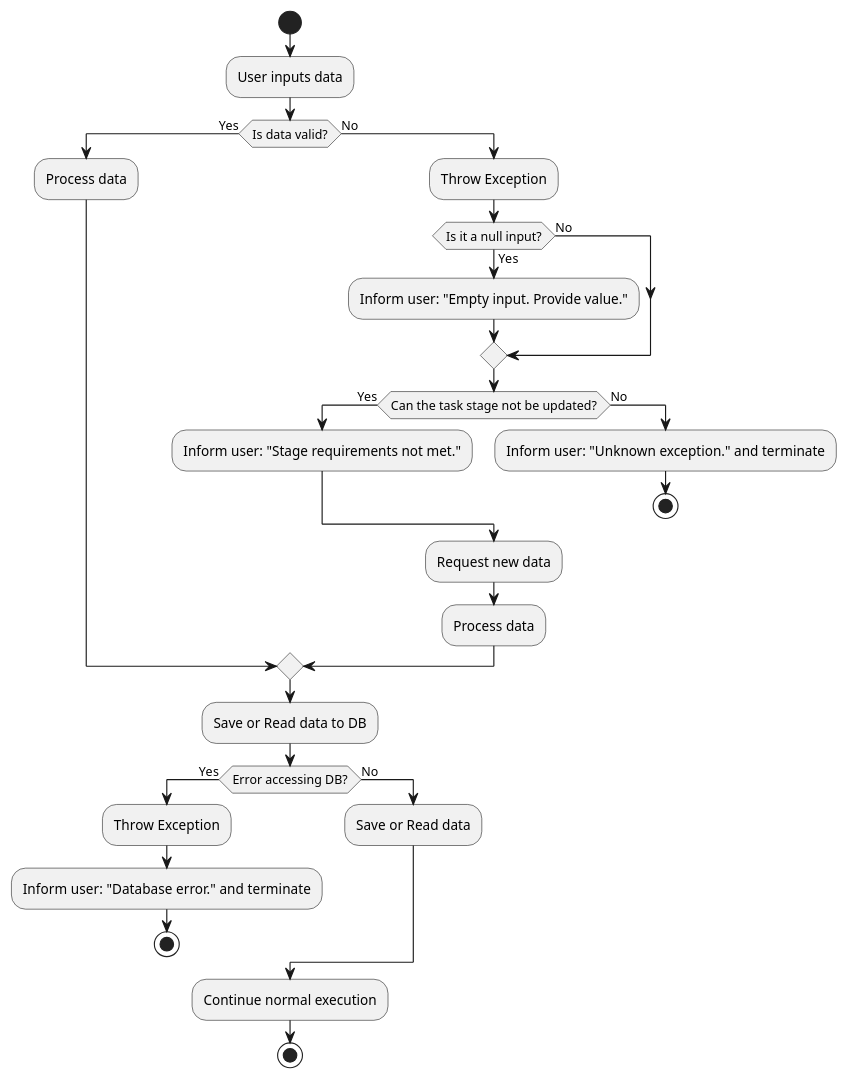
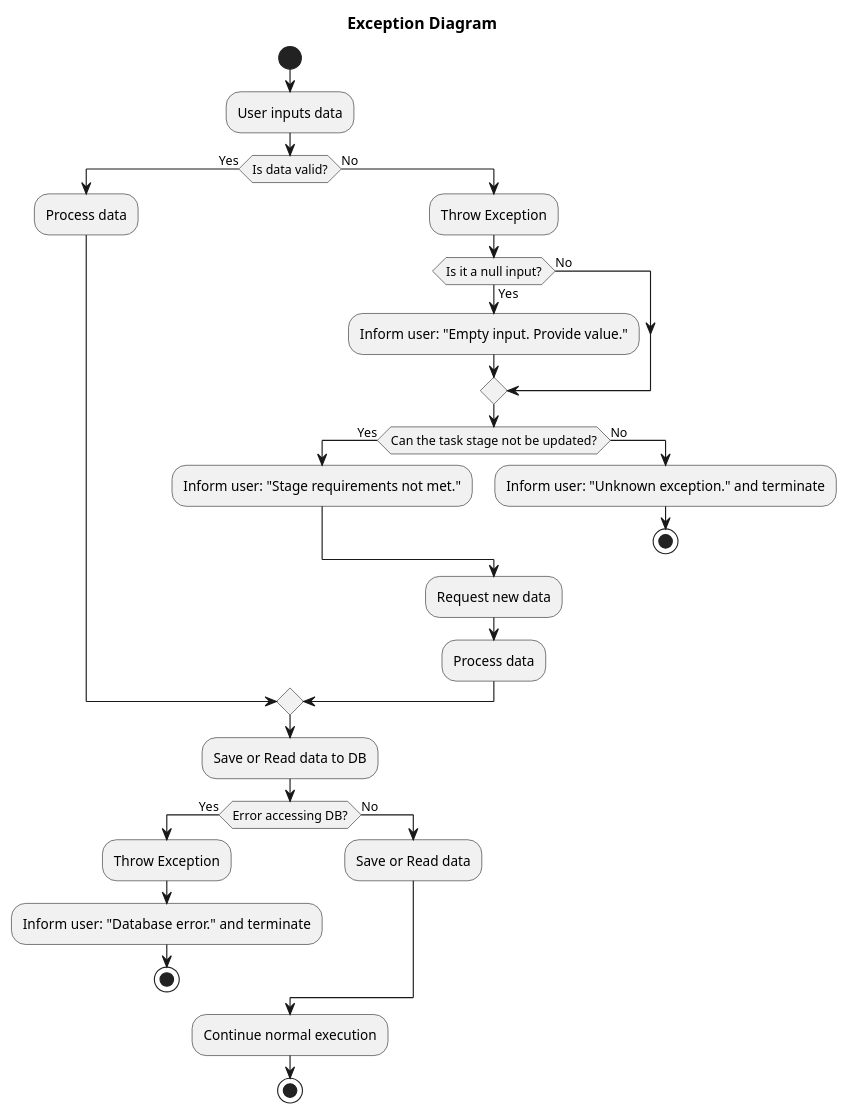
Before and after one commit to travisformayor/cli_kanban: the diagram in diagrams/exceptionDiagram.puml, drawn with PlantUML. The commit also changed 7 other files, not shown here.

Commit message:
diagram updates

```diff
--- a/diagrams/exceptionDiagram.puml
+++ b/diagrams/exceptionDiagram.puml
@@ -1,39 +1,41 @@
 @startuml exceptionDiagram
+
+title Exception Diagram
 
 start
 :User inputs data;
 
 if (Is data valid?) then (Yes)
   :Process data;
 else (No)
   :Throw Exception;
 
   if (Is it a null input?) then (Yes)
     :Inform user: "Empty input. Provide value.";
   else (No)
   endif
 
   if (Can the task stage not be updated?) then (Yes)
     :Inform user: "Stage requirements not met.";
   else (No)
     :Inform user: "Unknown exception." and terminate;
     stop
   endif
 
   :Request new data;
   :Process data;
 endif
 
 :Save or Read data to DB;
 if (Error accessing DB?) then (Yes)
   :Throw Exception;
   :Inform user: "Database error." and terminate;
   stop
 else (No)
   :Save or Read data;
 endif
 
 :Continue normal execution;
 stop
 
 @enduml
```
